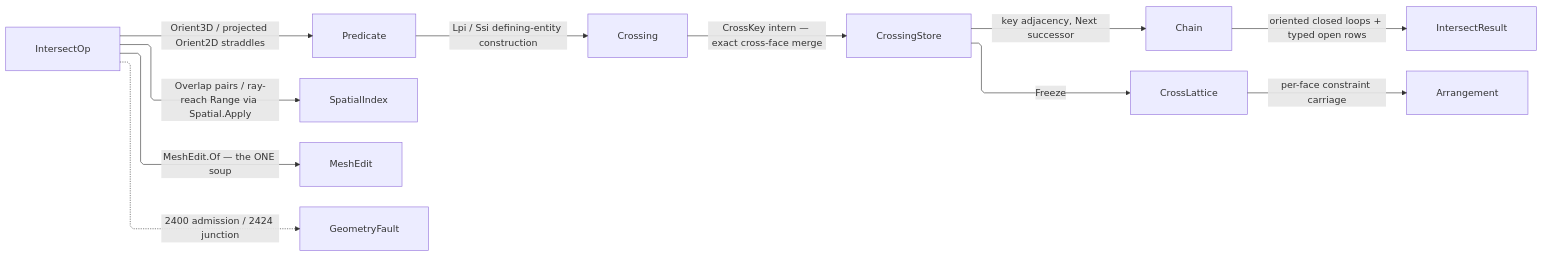
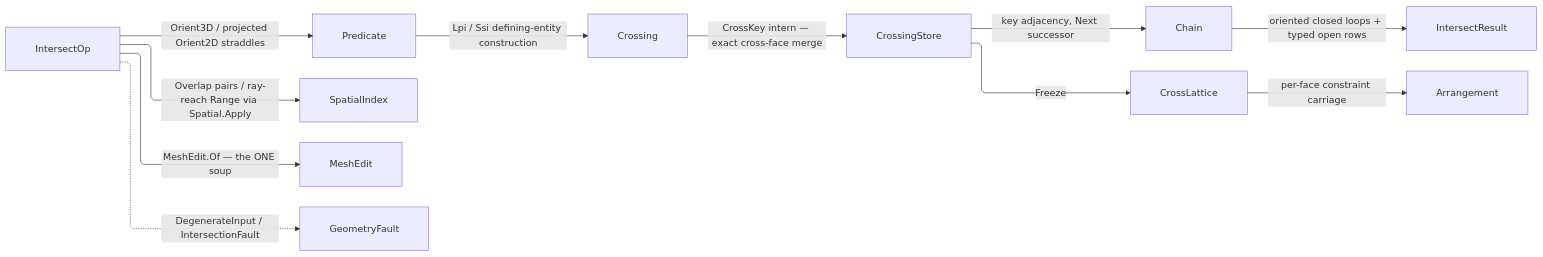
The diagram in libs/csharp/Rasm/.planning/Meshing/intersect.md (bsamiee/Rasm), drawn with Mermaid before and after one commit. The commit also changed other lines of this file and 818 other files, not shown here.

````diff
--- a/libs/csharp/Rasm/.planning/Meshing/intersect.md
+++ b/libs/csharp/Rasm/.planning/Meshing/intersect.md
@@ -608,22 +676,22 @@
 ```mermaid
 ---
 config:
   layout: elk
   flowchart:
     curve: linear
     padding: 25
 ---
 flowchart LR
     accTitle: Crossing lattice flow
     accDescr: Operands flow through the broad phase, exact narrow phase, and key-interned crossing rows into chained loops and open rows.
     IntersectOp -->|Orient3D / projected Orient2D straddles| Predicate
     IntersectOp -->|Overlap pairs / ray-reach Range via Spatial.Apply| SpatialIndex
     IntersectOp -->|MeshEdit.Of — the ONE soup| MeshEdit
     Predicate -->|Lpi / Ssi defining-entity construction| Crossing
     Crossing -->|CrossKey intern — exact cross-face merge| CrossingStore
     CrossingStore -->|key adjacency, Next successor| Chain
     Chain -->|oriented closed loops + typed open rows| IntersectResult
     CrossingStore -->|Freeze| CrossLattice
     CrossLattice -->|per-face constraint carriage| Arrangement
-    IntersectOp -.->|2400 admission / 2424 junction| GeometryFault
+    IntersectOp -.->|DegenerateInput / IntersectionFault| GeometryFault
 ```
````
